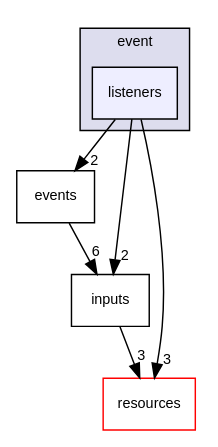
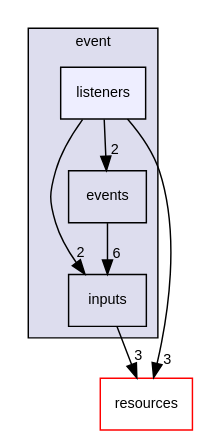
Before and after one commit to AndreasLrx/ecstasy: the diagram in dir_d93d52effc53fa915804937554a898ef_dep.dot, drawn with Graphviz. The commit also changed other lines of this file and 1072 other files, not shown here.

```diff
--- a/dir_d93d52effc53fa915804937554a898ef_dep.dot
+++ b/dir_d93d52effc53fa915804937554a898ef_dep.dot
@@ -1,17 +1,17 @@
 digraph "src/ecstasy/integrations/event/listeners" {
   compound=true
   node [ fontsize="10", fontname="Helvetica"];
   edge [ labelfontsize="10", labelfontname="Helvetica"];
   subgraph clusterdir_183c73d974247df0fabaedf6b9eb94ef {
     graph [ bgcolor="#ddddee", pencolor="black", label="event" fontname="Helvetica", fontsize="10", URL="dir_183c73d974247df0fabaedf6b9eb94ef.html"]
+  dir_1ee6296ae77f12e2ec152e792b5317de [shape=box label="inputs" URL="dir_1ee6296ae77f12e2ec152e792b5317de.html"];
+  dir_a8078633be16197a18b2342aa1868a9d [shape=box label="events" URL="dir_a8078633be16197a18b2342aa1868a9d.html"];
   dir_d93d52effc53fa915804937554a898ef [shape=box, label="listeners", style="filled", fillcolor="#eeeeff", pencolor="black", URL="dir_d93d52effc53fa915804937554a898ef.html"];
   }
-  dir_a8078633be16197a18b2342aa1868a9d [shape=box label="events" URL="dir_a8078633be16197a18b2342aa1868a9d.html"];
-  dir_1ee6296ae77f12e2ec152e792b5317de [shape=box label="inputs" URL="dir_1ee6296ae77f12e2ec152e792b5317de.html"];
   dir_8c1a170fbd0a5283d7ed264cf6df56b3 [shape=box label="resources" fillcolor="white" style="filled" color="red" URL="dir_8c1a170fbd0a5283d7ed264cf6df56b3.html"];
   dir_a8078633be16197a18b2342aa1868a9d->dir_1ee6296ae77f12e2ec152e792b5317de [headlabel="6", labeldistance=1.5 headhref="dir_000004_000005.html"];
-  dir_d93d52effc53fa915804937554a898ef->dir_a8078633be16197a18b2342aa1868a9d [headlabel="2", labeldistance=1.5 headhref="dir_000006_000004.html"];
   dir_d93d52effc53fa915804937554a898ef->dir_1ee6296ae77f12e2ec152e792b5317de [headlabel="2", labeldistance=1.5 headhref="dir_000006_000005.html"];
   dir_d93d52effc53fa915804937554a898ef->dir_8c1a170fbd0a5283d7ed264cf6df56b3 [headlabel="3", labeldistance=1.5 headhref="dir_000006_000017.html"];
+  dir_d93d52effc53fa915804937554a898ef->dir_a8078633be16197a18b2342aa1868a9d [headlabel="2", labeldistance=1.5 headhref="dir_000006_000004.html"];
   dir_1ee6296ae77f12e2ec152e792b5317de->dir_8c1a170fbd0a5283d7ed264cf6df56b3 [headlabel="3", labeldistance=1.5 headhref="dir_000005_000017.html"];
 }
```
